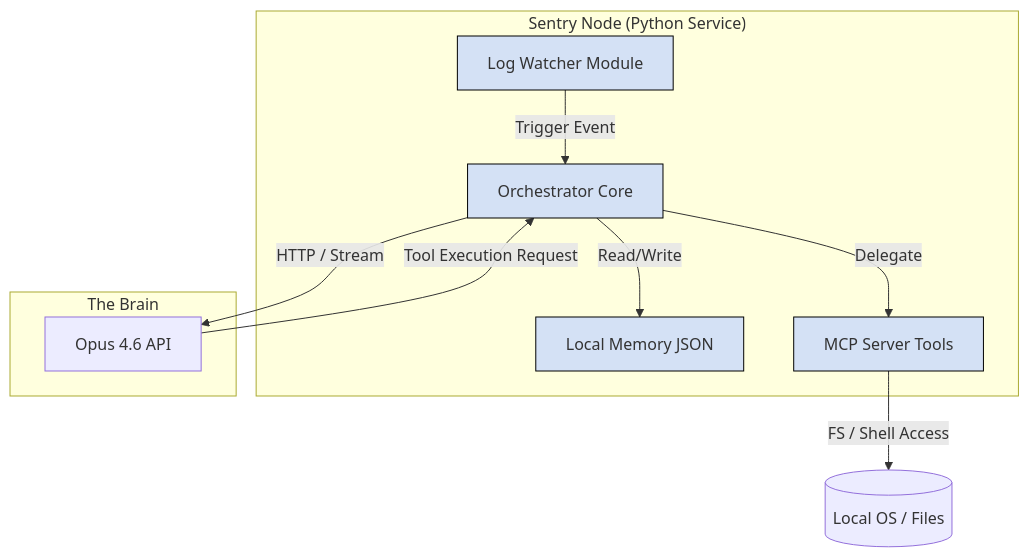
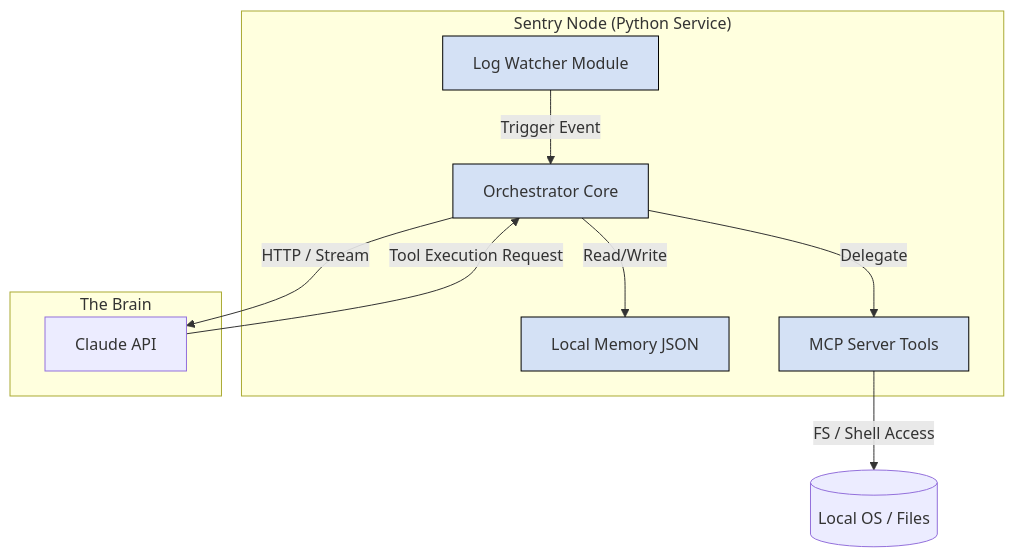
The second of 4 diagrams in HighLevelDesignDoc.md (AdityaIndoori/Sentry), drawn with Mermaid before and after one commit. The commit also changed other lines of this file and 28 other files, not shown here.

First line of the commit message:
Rebrand Claude Sentry  Sentry, add ConfigPanel UI and /api/config endpoint

````diff
--- a/HighLevelDesignDoc.md
+++ b/HighLevelDesignDoc.md
@@ -64,25 +64,25 @@
 ```mermaid
 graph TB
     subgraph "Sentry Node (Python Service)"
         Watcher[Log Watcher Module]
         Orch[Orchestrator Core]
         Memory[Local Memory JSON]
         MCP[MCP Server Tools]
     end
 
     subgraph "The Brain"
-        API[Opus 4.6 API]
+        API[Claude API]
     end
 
     %% Flows
     Watcher -- "Trigger Event" --> Orch
     Orch -- "Read/Write" --> Memory
     Orch -- "HTTP / Stream" --> API
     API -- "Tool Execution Request" --> Orch
     Orch -- "Delegate" --> MCP
     MCP -- "FS / Shell Access" --> Server[(Local OS / Files)]
 
     %% Styling
     classDef core fill:#d4e1f5,stroke:#000
     class Watcher,Orch,Memory,MCP core
 ```
````
